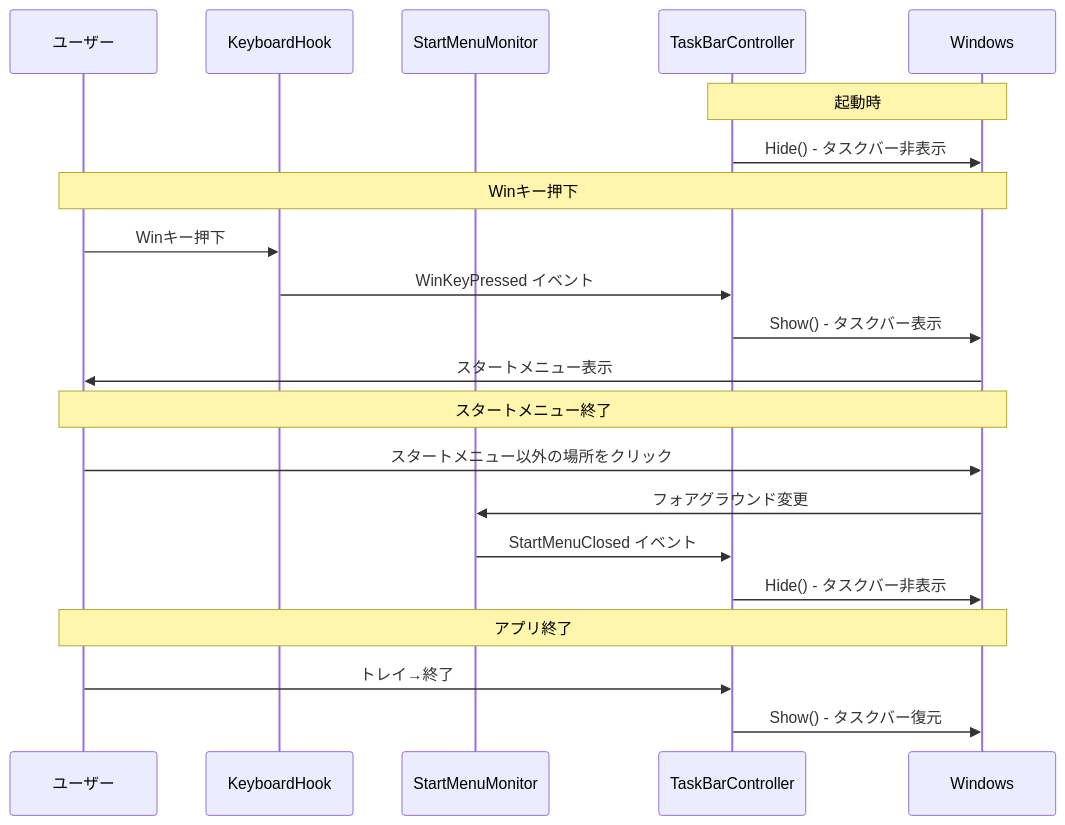
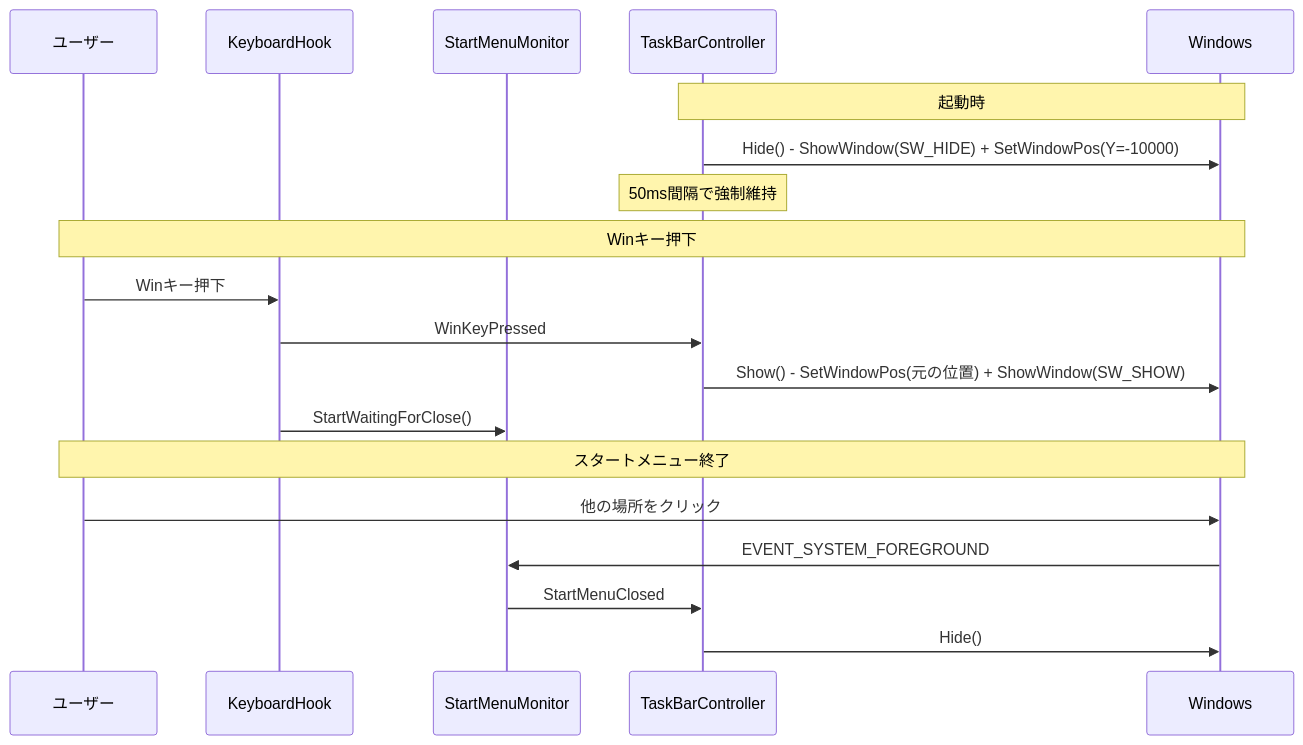
The second of 4 diagrams in docs/architecture.md (ycookiey/HideTaskBar-temp), drawn with Mermaid before and after one commit. The commit also changed other lines of this file, not shown here.

Commit message:
docs: アーキテクチャ図を複合方式に更新

````diff
--- a/docs/architecture.md
+++ b/docs/architecture.md
@@ -41,27 +39,24 @@
 ```mermaid
 sequenceDiagram
     participant U as ユーザー
     participant K as KeyboardHook
     participant S as StartMenuMonitor
     participant T as TaskBarController
     participant W as Windows
 
     Note over T,W: 起動時
-    T->>W: Hide() - タスクバー非表示
+    T->>W: Hide() - ShowWindow(SW_HIDE) + SetWindowPos(Y=-10000)
+    Note over T: 50ms間隔で強制維持
 
     Note over U,W: Winキー押下
     U->>K: Winキー押下
-    K->>T: WinKeyPressed イベント
-    T->>W: Show() - タスクバー表示
-    W->>U: スタートメニュー表示
+    K->>T: WinKeyPressed
+    T->>W: Show() - SetWindowPos(元の位置) + ShowWindow(SW_SHOW)
+    K->>S: StartWaitingForClose()
 
     Note over U,W: スタートメニュー終了
-    U->>W: スタートメニュー以外の場所をクリック
-    W->>S: フォアグラウンド変更
-    S->>T: StartMenuClosed イベント
-    T->>W: Hide() - タスクバー非表示
-
-    Note over U,W: アプリ終了
-    U->>T: トレイ→終了
-    T->>W: Show() - タスクバー復元
+    U->>W: 他の場所をクリック
+    W->>S: EVENT_SYSTEM_FOREGROUND
+    S->>T: StartMenuClosed
+    T->>W: Hide()
 ```
````
